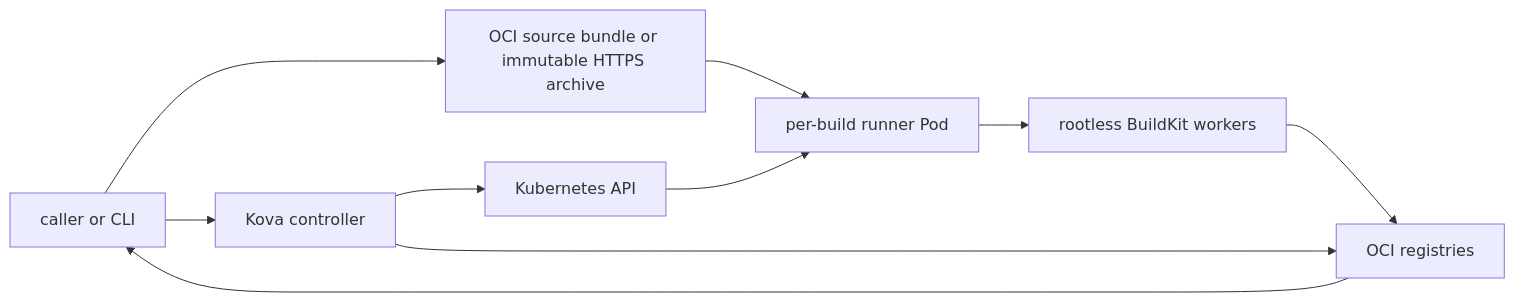
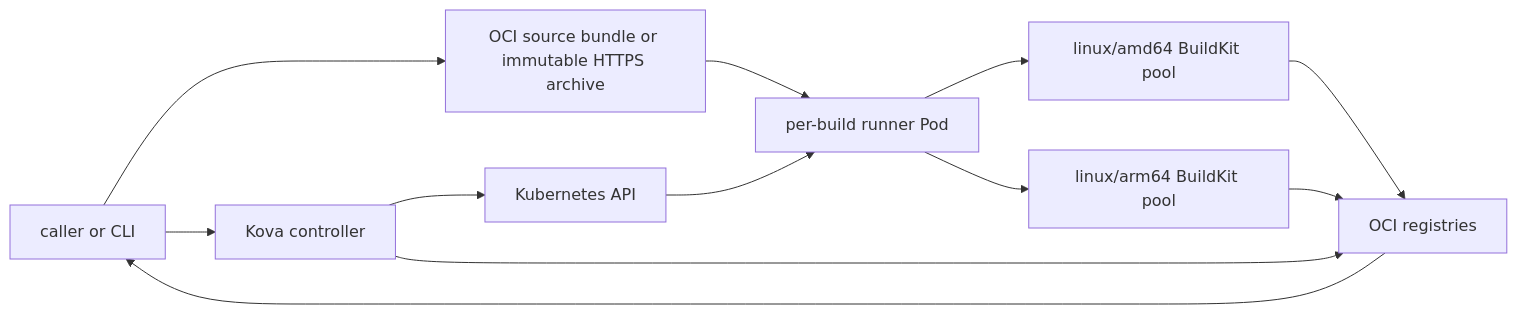
One commit to cofy-x/kova changed the diagram in docs/architecture.md. Above: the diagram before and after it, drawn with Mermaid. The commit also changed other lines of this file and 86 other files, not shown here.

````diff
--- a/docs/architecture.md
+++ b/docs/architecture.md
@@ -65,20 +66,23 @@
 ```mermaid
 flowchart LR
   caller["caller or CLI"]
   source["OCI source bundle or immutable HTTPS archive"]
   controller["Kova controller"]
   api["Kubernetes API"]
   runner["per-build runner Pod"]
-  workers["rootless BuildKit workers"]
+  amd64["linux/amd64 BuildKit pool"]
+  arm64["linux/arm64 BuildKit pool"]
   registry["OCI registries"]
 
   caller --> source
   caller --> controller
   controller --> api
   api --> runner
   source --> runner
-  runner --> workers
-  workers --> registry
+  runner --> amd64
+  runner --> arm64
+  amd64 --> registry
+  arm64 --> registry
   controller --> registry
   registry --> caller
 ```
````
